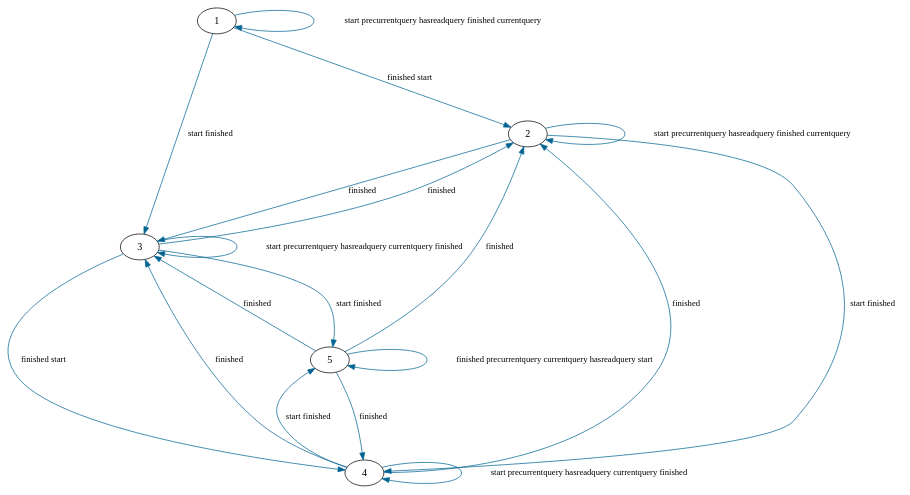
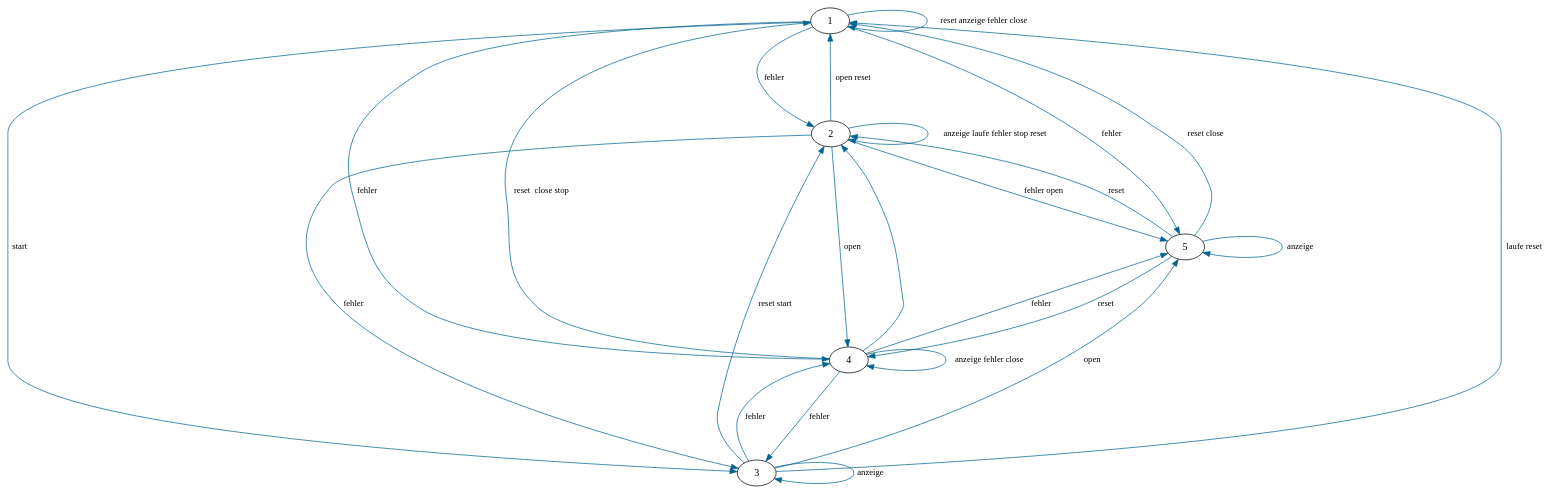
Before and after one commit to Ultimus/BachelorThesis: the diagram in output.dot, drawn with Graphviz. The commit also changed 5 other files, not shown here.

```diff
--- a/output.dot
+++ b/output.dot
@@ -1,40 +1,52 @@
 digraph visited_states {
 graph [nodesep=1.5, ranksep=1.5];
-1 -> 1 [color = "#006391", label=" start precurrentquery hasreadquery finished currentquery", fontsize=12];
+1 -> 1 [color = "#006391", label=" reset anzeige fehler close", fontsize=12];
 
-1 -> 2 [color = "#006391", label="finished start", fontsize=12];
+1 -> 2 [color = "#006391", label=" fehler", fontsize=12];
 
-2 -> 2 [color = "#006391", label="start precurrentquery hasreadquery finished currentquery", fontsize=12];
+1 -> 4 [color = "#006391", label=" fehler", fontsize=12];
 
-1 -> 3 [color = "#006391", label="start finished", fontsize=12];
+2 -> 2 [color = "#006391", label=" anzeige laufe fehler stop reset", fontsize=12];
 
-2 -> 3 [color = "#006391", label="finished", fontsize=12];
+2 -> 1 [color = "#006391", label="open reset", fontsize=12];
 
-3 -> 3 [color = "#006391", label="start precurrentquery hasreadquery currentquery finished", fontsize=12];
+2 -> 3 [color = "#006391", label="fehler ", fontsize=12];
 
-3 -> 2 [color = "#006391", label="finished", fontsize=12];
+4 -> 1 [color = "#006391", label="reset  close stop", fontsize=12];
 
-2 -> 4 [color = "#006391", label="start finished", fontsize=12];
+4 -> 4 [color = "#006391", label="anzeige fehler close", fontsize=12];
 
-3 -> 4 [color = "#006391", label="finished start", fontsize=12];
+1 -> 3 [color = "#006391", label=" start", fontsize=12];
 
-4 -> 4 [color = "#006391", label="start precurrentquery hasreadquery currentquery finished", fontsize=12];
+3 -> 4 [color = "#006391", label=" fehler", fontsize=12];
 
-4 -> 3 [color = "#006391", label="finished", fontsize=12];
+3 -> 2 [color = "#006391", label=" reset start", fontsize=12];
 
-4 -> 2 [color = "#006391", label="finished", fontsize=12];
+3 -> 1 [color = "#006391", label="laufe reset", fontsize=12];
 
-3 -> 5 [color = "#006391", label="start finished", fontsize=12];
+3 -> 3 [color = "#006391", label="anzeige", fontsize=12];
 
-4 -> 5 [color = "#006391", label="start finished", fontsize=12];
+2 -> 5 [color = "#006391", label="fehler open", fontsize=12];
 
-5 -> 3 [color = "#006391", label="finished", fontsize=12];
+2 -> 4 [color = "#006391", label=" open", fontsize=12];
 
-5 -> 5 [color = "#006391", label="finished precurrentquery currentquery hasreadquery start", fontsize=12];
+4 -> 2 [color = "#006391", label="", fontsize=12];
 
-5 -> 2 [color = "#006391", label="finished", fontsize=12];
+4 -> 3 [color = "#006391", label="fehler ", fontsize=12];
 
-5 -> 4 [color = "#006391", label="finished", fontsize=12];
+4 -> 5 [color = "#006391", label=" fehler", fontsize=12];
+
+1 -> 5 [color = "#006391", label=" fehler", fontsize=12];
+
+5 -> 4 [color = "#006391", label="reset ", fontsize=12];
+
+5 -> 1 [color = "#006391", label="reset close", fontsize=12];
+
+5 -> 5 [color = "#006391", label="anzeige ", fontsize=12];
+
+3 -> 5 [color = "#006391", label="open", fontsize=12];
+
+5 -> 2 [color = "#006391", label="reset", fontsize=12];
 
 
 }
```
